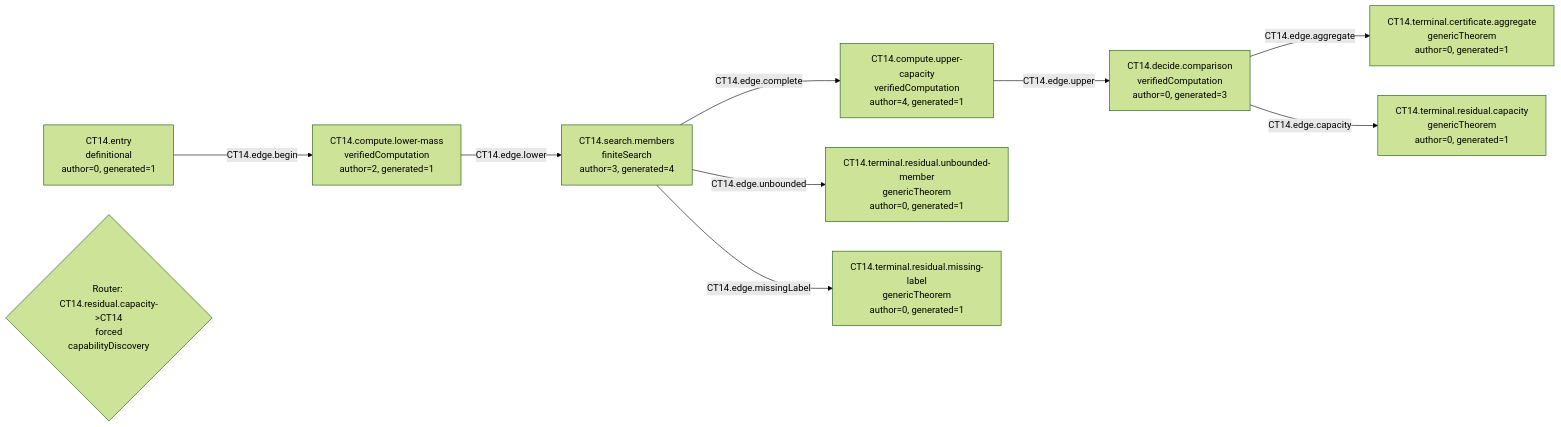
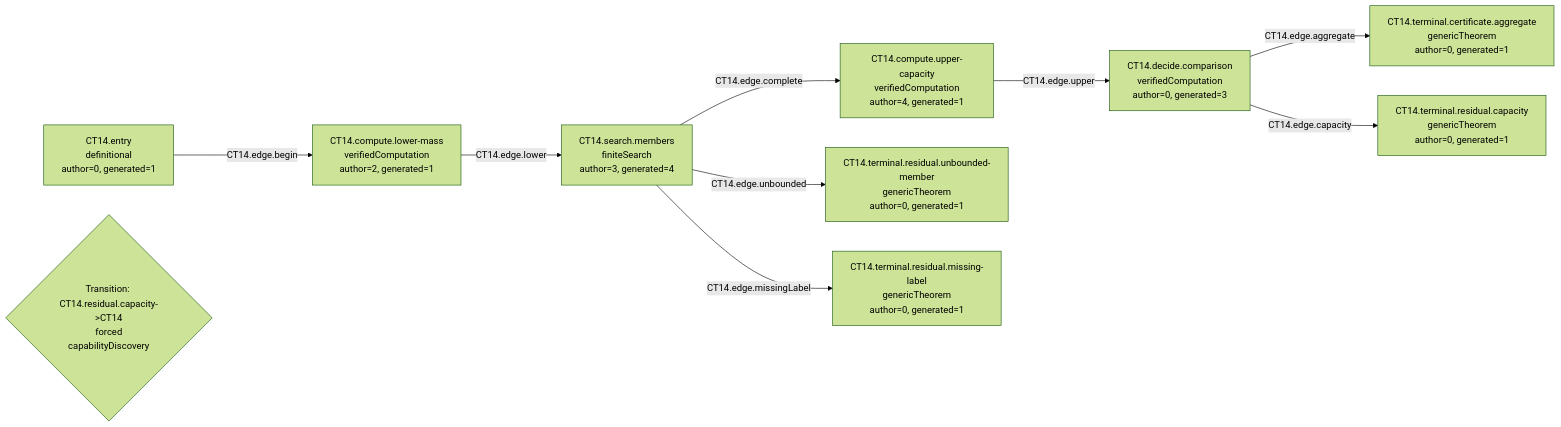
The diagram in generated/mermaid/CT14.mmd (Guillemdb/structural_exhaustion), drawn with Mermaid (forest theme) before and after one commit. The commit also changed 601 other files, not shown here.

```diff
--- a/generated/mermaid/CT14.mmd
+++ b/generated/mermaid/CT14.mmd
@@ -1,19 +1,19 @@
 flowchart LR
   N1["CT14.entry<br/>definitional<br/>author=0, generated=1"]
   N2["CT14.compute.lower-mass<br/>verifiedComputation<br/>author=2, generated=1"]
   N3["CT14.search.members<br/>finiteSearch<br/>author=3, generated=4"]
   N4["CT14.compute.upper-capacity<br/>verifiedComputation<br/>author=4, generated=1"]
   N5["CT14.decide.comparison<br/>verifiedComputation<br/>author=0, generated=3"]
   N6["CT14.terminal.residual.unbounded-member<br/>genericTheorem<br/>author=0, generated=1"]
   N7["CT14.terminal.residual.missing-label<br/>genericTheorem<br/>author=0, generated=1"]
   N8["CT14.terminal.certificate.aggregate<br/>genericTheorem<br/>author=0, generated=1"]
   N9["CT14.terminal.residual.capacity<br/>genericTheorem<br/>author=0, generated=1"]
   N1 -->|CT14.edge.begin| N2
   N2 -->|CT14.edge.lower| N3
   N3 -->|CT14.edge.unbounded| N6
   N3 -->|CT14.edge.missingLabel| N7
   N3 -->|CT14.edge.complete| N4
   N4 -->|CT14.edge.upper| N5
   N5 -->|CT14.edge.aggregate| N8
   N5 -->|CT14.edge.capacity| N9
-  R1{"Router: CT14.residual.capacity->CT14<br/>forced<br/>capabilityDiscovery"}
+  P1{"Transition: CT14.residual.capacity->CT14<br/>forced<br/>capabilityDiscovery"}
```
